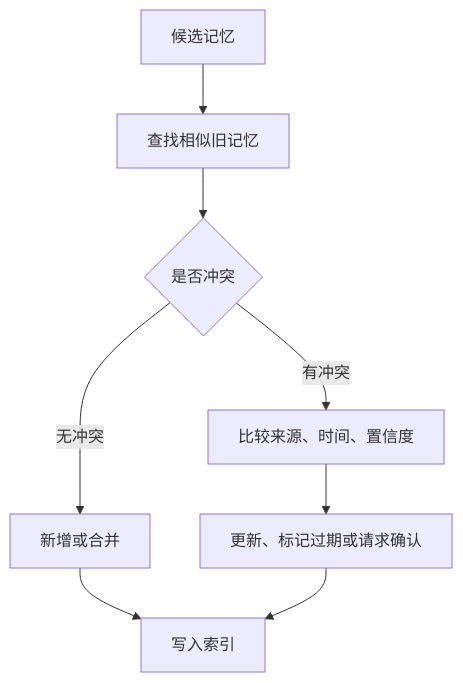
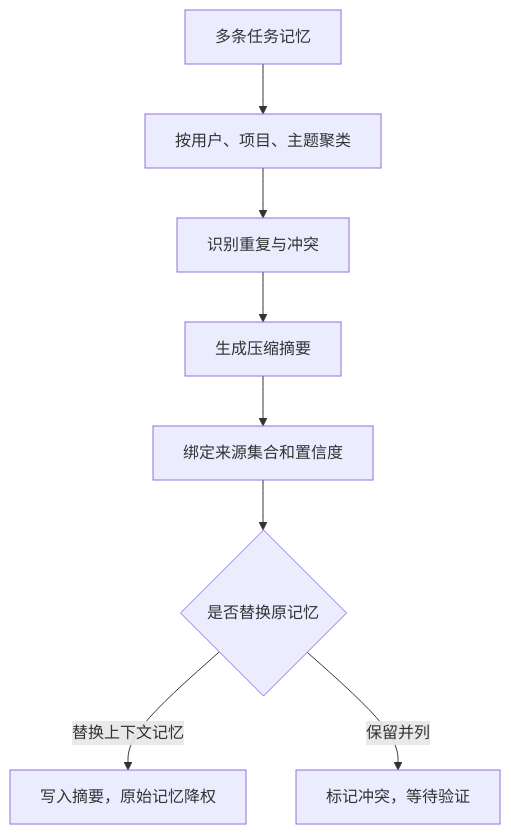
The diagram in docs/AI/Agent/Agent记忆/记忆压缩与更新.md (Doge2077/liyyro), drawn with Mermaid before and after one commit. The commit also changed other lines of this file and 27 other files, not shown here.

````diff
--- a/docs/AI/Agent/Agent记忆/记忆压缩与更新.md
+++ b/docs/AI/Agent/Agent记忆/记忆压缩与更新.md
@@ -32,10 +31,10 @@
 ```mermaid
 flowchart TD
-  A["候选记忆"] --> B["查找相似旧记忆"]
-  B --> C{"是否冲突"}
-  C -->|"无冲突"| D["新增或合并"]
-  C -->|"有冲突"| E["比较来源、时间、置信度"]
-  E --> F["更新、标记过期或请求确认"]
-  D --> G["写入索引"]
-  F --> G
+  A["多条任务记忆"] --> B["按用户、项目、主题聚类"]
+  B --> C["识别重复与冲突"]
+  C --> D["生成压缩摘要"]
+  D --> E["绑定来源集合和置信度"]
+  E --> F{"是否替换原记忆"}
+  F -->|"替换上下文记忆"| G["写入摘要，原始记忆降权"]
+  F -->|"保留并列"| H["标记冲突，等待验证"]
 ```
````
